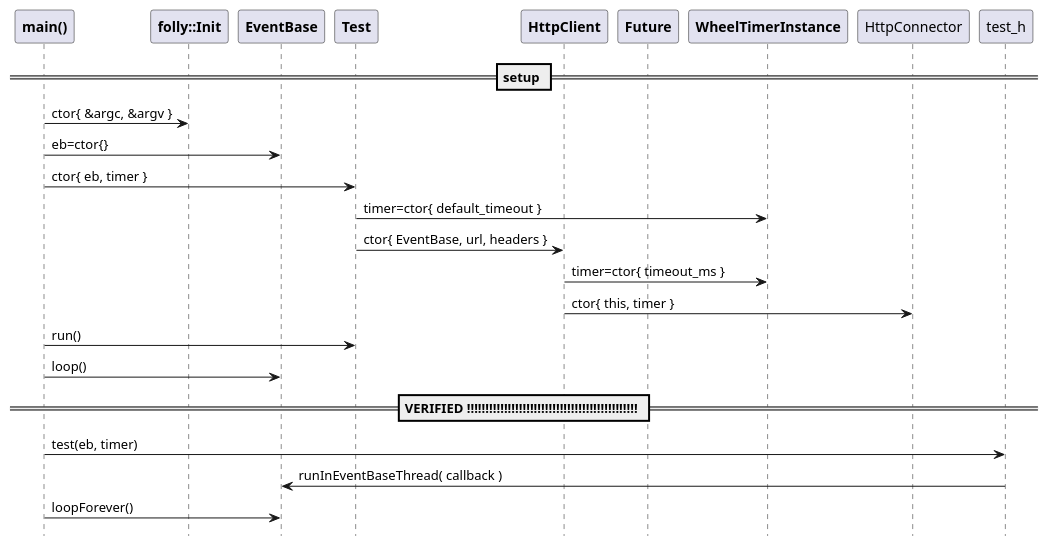
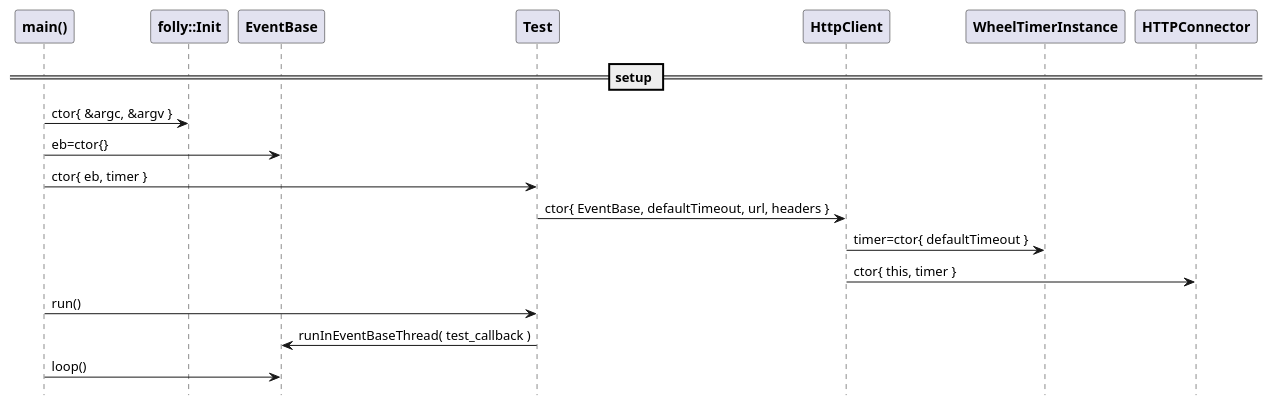
Before and after one commit to patrickhallinan/hello-proxygen: the first of 4 diagrams in doc/test.adoc, drawn with PlantUML. The commit also changed 2 other files, not shown here.

```diff
--- a/doc/test.adoc
+++ b/doc/test.adoc
@@ -20,68 +20,70 @@
 [plantuml, "curl-init.puml", svg]
 ----
 hide footbox
 
 participant "**main()**" as main
 participant "**folly::Init**" as Init
 participant "**EventBase**" as EventBase
 participant "**Test**" as test
 participant "**HttpClient**" as HttpClient
-participant "**Future**" as Future
 participant "**WheelTimerInstance**" as WheelTimerInstance
+participant "**HTTPConnector**" as HTTPConnector
 'participant "**SocketAddress**" as SocketAddress
 
 'participant "**URL**" as URL
 
 == setup ==
 
 main -> Init : ctor{ &argc, &argv }
 main -> EventBase : eb=ctor{}
 
 
 main -> test : ctor{ eb, timer }
 
-test -> WheelTimerInstance : timer=ctor{ default_timeout }
-test -> HttpClient : ctor{ EventBase, url, headers }
+test -> HttpClient : ctor{ EventBase, defaultTimeout, url, headers }
 
-HttpClient -> WheelTimerInstance : timer=ctor{ timeout_ms }
-HttpClient -> HttpConnector : ctor{ this, timer }        
+HttpClient -> WheelTimerInstance : timer=ctor{ defaultTimeout }
+HttpClient -> HTTPConnector : ctor{ this, timer }        
 
 main -> test : run()
 
+test -> EventBase : runInEventBaseThread( test_callback )
+
 main -> EventBase : loop()
+
+/'
 
 == VERIFIED !!!!!!!!!!!!!!!!!!!!!!!!!!!!!!!!!!!!!!!!!!!!!! ==
 
 
 main -> test_h : test(eb, timer)
 test_h -> EventBase : runInEventBaseThread( callback )
 main -> EventBase : loopForever()
 
-/'
 group callback
     EventBase -> test_cpp : callback()
     
     group HttpClient ctor
         test_cpp -> HttpClient : ctor{ EventBase, url, headers }
         HttpClient -> WheelTimerInstance : timer=ctor{ timeout_ms }
         HttpClient -> HttpConnector : ctor{ this, timer }        
     end group
 
     group HttpClient.POST()
         test_cpp -> HttpClient : POST("nacho")
         HttpClient -> SocketAddress : addr=ctor{}
         
         HttpClient -> SocketOptionMap : options=ctor{}
         note left: static initialization
         
         HttpClient -> HttpConnector : connect( eb_, socketAddress, std::chrono::milliseconds(500), options )
     end group
     
     HttpClient --> test_cpp : future
     test_cpp -> Future : thenValue( response_handler(HttpResponse&&) )
     test_cpp --> EventBase : future
 end group
 '/
 'main -> HttpClient : ctor{ eb, HTTPMethod::GET, proxy=nullptr, headers, input_filename, h2c=true )
 'main -> SocketAddress : addr=ctor{ host, port, allowNameLookup=true }
 ----
```
